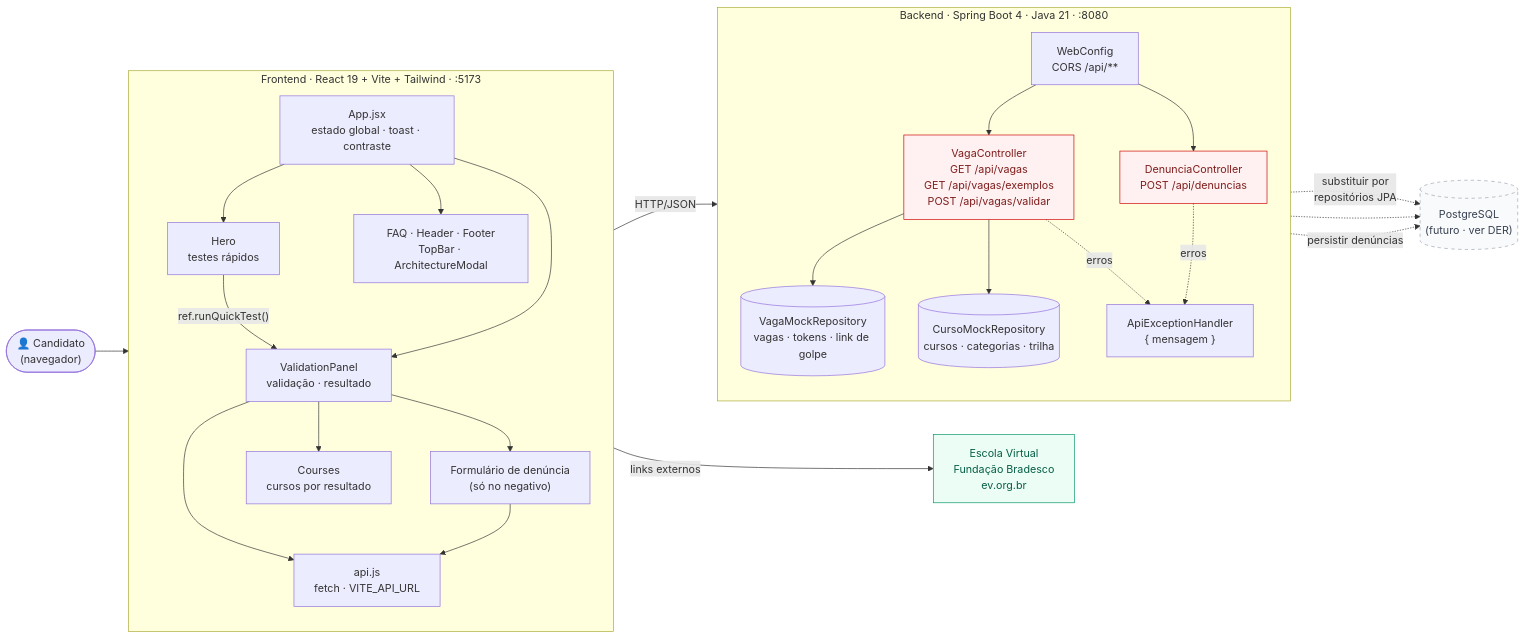
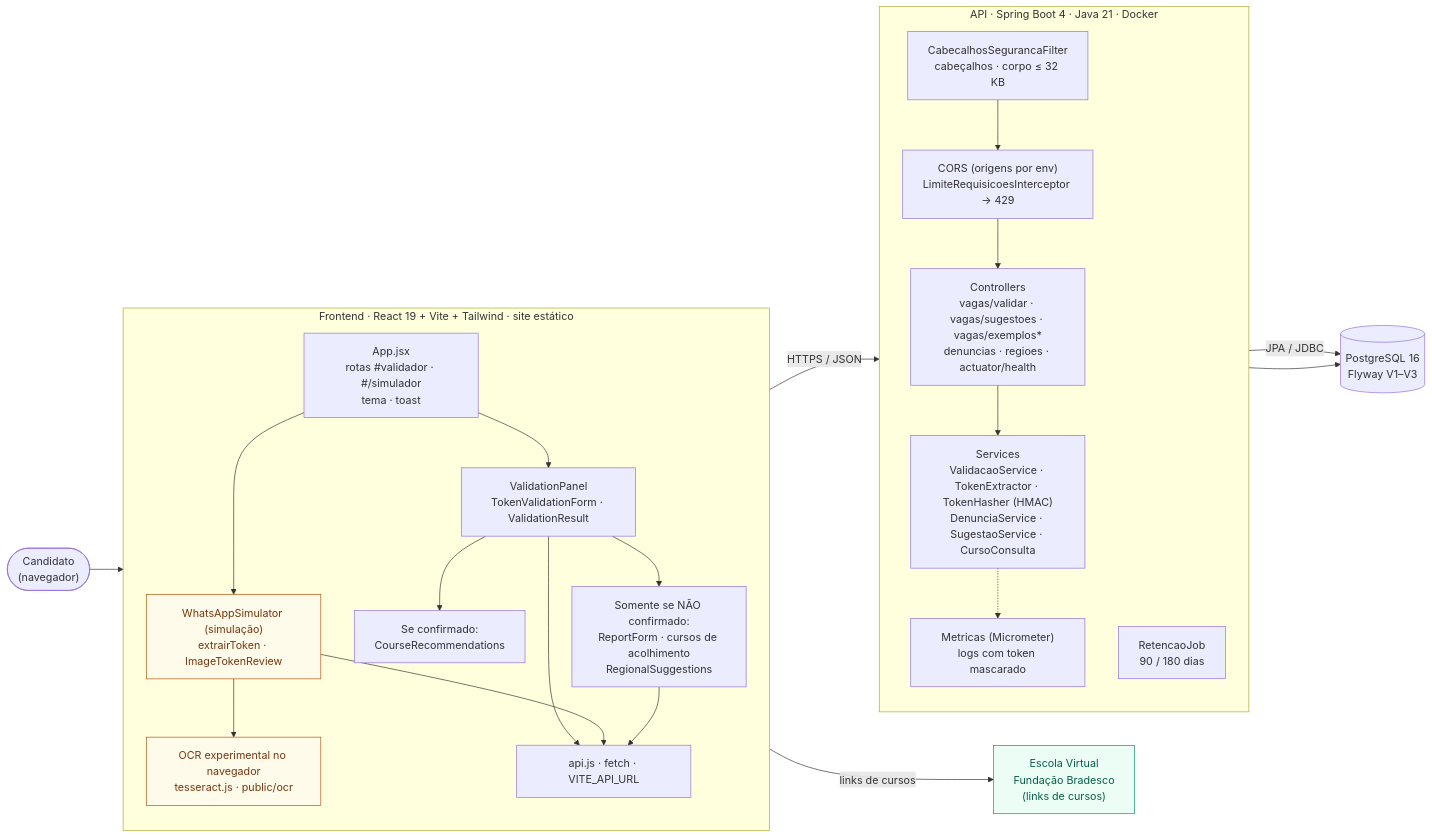
Before and after one commit to Rafael17Wenzel/Antigolpe: the diagram in docs/arquitetura.md, drawn with Mermaid. The commit also changed other lines of this file and 165 other files, not shown here.

````diff
--- a/docs/arquitetura.md
+++ b/docs/arquitetura.md
@@ -12,51 +15,45 @@
 ```mermaid
 flowchart LR
-  user(["👤 Candidato<br/>(navegador)"])
+  user(["Candidato<br/>(navegador)"])
 
-  subgraph FE["Frontend · React 19 + Vite + Tailwind · :5173"]
+  subgraph FE["Frontend · React 19 + Vite + Tailwind · site estático"]
     direction TB
-    app["App.jsx<br/>estado global · toast · contraste"]
-    hero["Hero<br/>testes rápidos"]
-    panel["ValidationPanel<br/>validação · resultado"]
-    den["Formulário de denúncia<br/>(só no negativo)"]
-    courses["Courses<br/>cursos por resultado"]
-    faq["FAQ · Header · Footer<br/>TopBar · ArchitectureModal"]
-    api["api.js<br/>fetch · VITE_API_URL"]
-    hero -- "ref.runQuickTest()" --> panel
-    app --> hero & panel & faq
-    panel --> den & courses
-    panel --> api
-    den --> api
+    app["App.jsx<br/>rotas #validador · #/simulador<br/>tema · toast"]
+    panel["ValidationPanel<br/>TokenValidationForm · ValidationResult"]
+    neg["Somente se NÃO confirmado:<br/>ReportForm · cursos de acolhimento<br/>RegionalSuggestions"]
+    pos["Se confirmado:<br/>CourseRecommendations"]
+    chat["WhatsAppSimulator (simulação)<br/>extrairToken · ImageTokenReview"]
+    ocr["OCR experimental no navegador<br/>tesseract.js · public/ocr"]
+    api["api.js · fetch · VITE_API_URL"]
+    app --> panel & chat
+    panel --> pos & neg
+    chat --> ocr
+    panel & chat & neg --> api
   end
 
-  subgraph BE["Backend · Spring Boot 4 · Java 21 · :8080"]
+  subgraph BE["API · Spring Boot 4 · Java 21 · Docker"]
     direction TB
-    cors["WebConfig<br/>CORS /api/**"]
-    err["ApiExceptionHandler<br/>{ mensagem }"]
-    vc["VagaController<br/>GET /api/vagas<br/>GET /api/vagas/exemplos<br/>POST /api/vagas/validar"]
-    dc["DenunciaController<br/>POST /api/denuncias"]
-    vrepo[("VagaMockRepository<br/>vagas · tokens · link de golpe")]
-    crepo[("CursoMockRepository<br/>cursos · categorias · trilha")]
-    cors --> vc & dc
-    vc --> vrepo & crepo
-    vc -. erros .-> err
-    dc -. erros .-> err
+    filt["CabecalhosSegurancaFilter<br/>cabeçalhos · corpo ≤ 32 KB"]
+    lim["CORS (origens por env)<br/>LimiteRequisicoesInterceptor → 429"]
+    ctrl["Controllers<br/>vagas/validar · vagas/sugestoes · vagas/exemplos*<br/>denuncias · regioes · actuator/health"]
+    svc["Services<br/>ValidacaoService · TokenExtractor · TokenHasher (HMAC)<br/>DenunciaService · SugestaoService · CursoConsulta"]
+    obs["Metricas (Micrometer)<br/>logs com token mascarado"]
+    job["RetencaoJob<br/>90 / 180 dias"]
+    filt --> lim --> ctrl --> svc
+    svc -.-> obs
   end
 
-  db[("PostgreSQL<br/>(futuro · ver DER)")]
-  ev["Escola Virtual<br/>Fundação Bradesco<br/>ev.org.br"]
+  db[("PostgreSQL 16<br/>Flyway V1–V3")]
+  ev["Escola Virtual<br/>Fundação Bradesco<br/>(links de cursos)"]
 
   user --> FE
-  api -- "HTTP/JSON" --> cors
-  vrepo -. "substituir por<br/>repositórios JPA" .-> db
-  crepo -.-> db
-  dc -. "persistir denúncias" .-> db
-  courses -- "links externos" --> ev
+  FE -- "links de cursos" --> ev
+  api -- "HTTPS / JSON" --> filt
+  svc -- "JPA / JDBC" --> db
+  job --> db
 
-  classDef future stroke-dasharray: 5 5,fill:#f9fafb,color:#374151,stroke:#9ca3af;
   classDef ext fill:#ecfdf5,stroke:#059669,color:#065f46;
-  classDef red fill:#fff1f1,stroke:#cc0000,color:#7f1d1d;
-  class db future;
+  classDef sim fill:#fffbeb,stroke:#b45309,color:#78350f;
   class ev ext;
-  class vc,dc red;
+  class chat,ocr sim;
 ```
````
